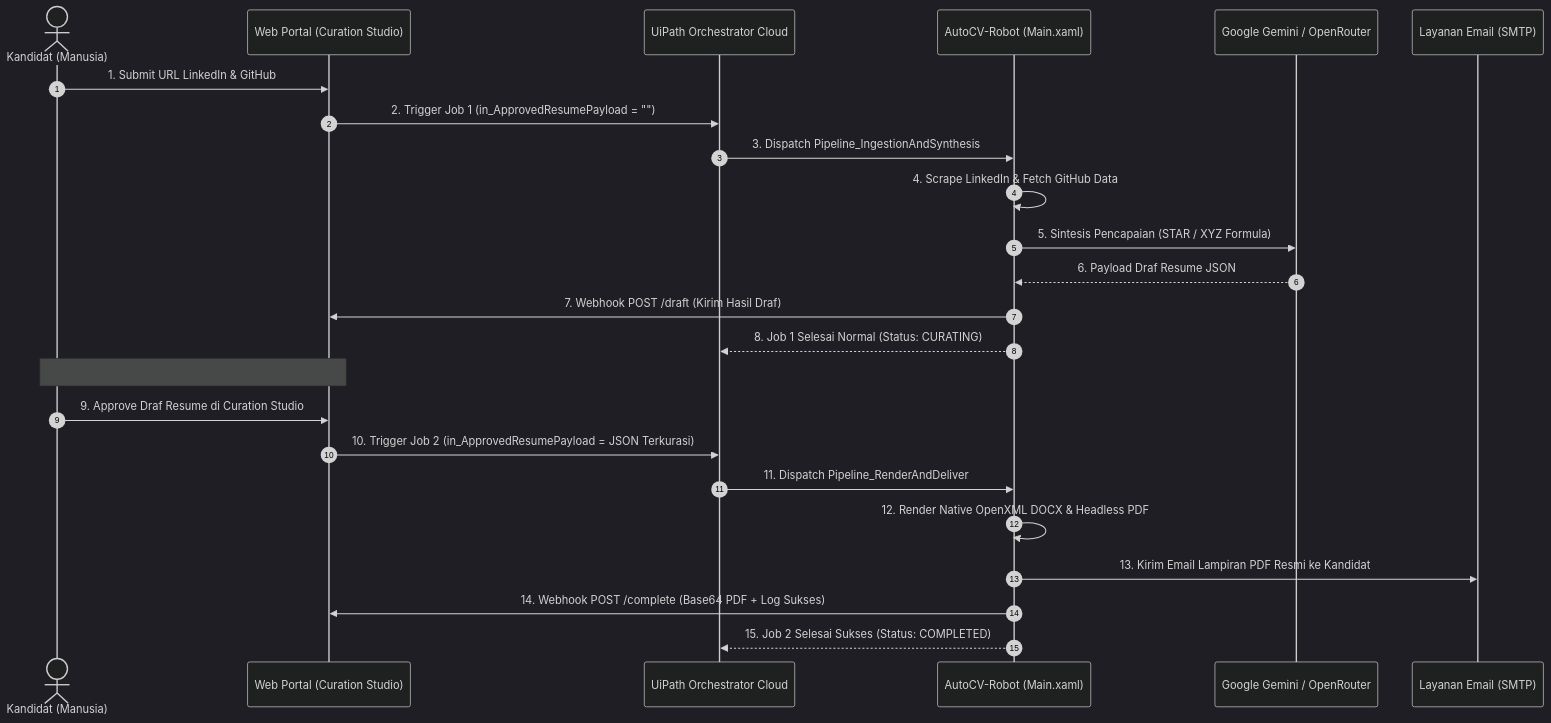
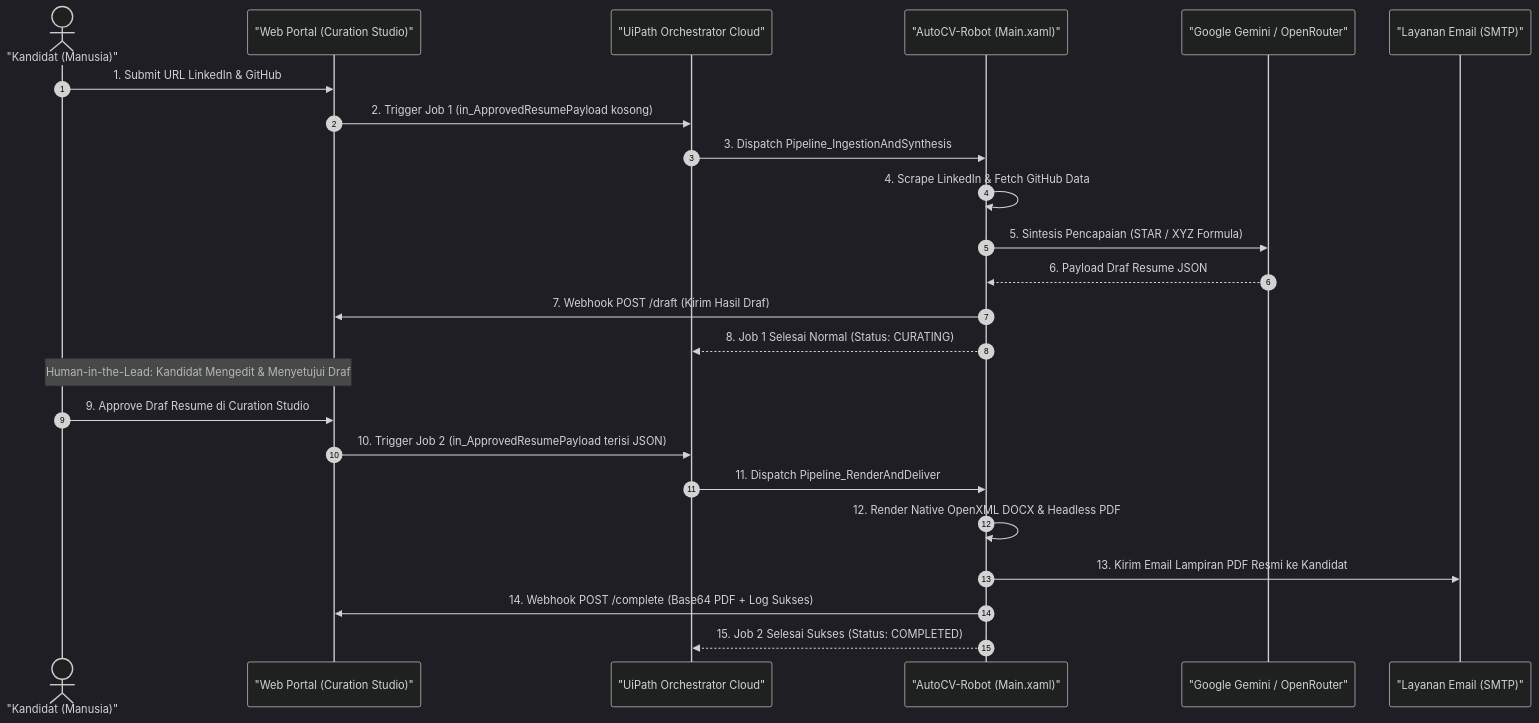
The second of 2 diagrams in README.md (Trio-PENS-Otomatisasi-Pembuatan-CV/AutoCV-Robot), drawn with Mermaid (dark theme) before and after one commit. The commit also changed other lines of this file and 5 other files, not shown here.

Commit message:
docs: enhance comprehensive technical architecture and workflow documentation

````diff
--- a/README.md
+++ b/README.md
@@ -88,29 +88,29 @@
 ```mermaid
 sequenceDiagram
     autonumber
-    actor User as Kandidat (Manusia)
-    participant Web as Web Portal (Curation Studio)
-    participant Orch as UiPath Orchestrator Cloud
-    participant Bot as AutoCV-Robot (Main.xaml)
-    participant LLM as Google Gemini / OpenRouter
-    participant Mail as Layanan Email (SMTP)
+    actor User as "Kandidat (Manusia)"
+    participant Web as "Web Portal (Curation Studio)"
+    participant Orch as "UiPath Orchestrator Cloud"
+    participant Bot as "AutoCV-Robot (Main.xaml)"
+    participant LLM as "Google Gemini / OpenRouter"
+    participant Mail as "Layanan Email (SMTP)"
 
     User->>Web: 1. Submit URL LinkedIn & GitHub
-    Web->>Orch: 2. Trigger Job 1 (in_ApprovedResumePayload = "")
+    Web->>Orch: 2. Trigger Job 1 (in_ApprovedResumePayload kosong)
     Orch->>Bot: 3. Dispatch Pipeline_IngestionAndSynthesis
     Bot->>Bot: 4. Scrape LinkedIn & Fetch GitHub Data
     Bot->>LLM: 5. Sintesis Pencapaian (STAR / XYZ Formula)
     LLM-->>Bot: 6. Payload Draf Resume JSON
     Bot->>Web: 7. Webhook POST /draft (Kirim Hasil Draf)
     Bot-->>Orch: 8. Job 1 Selesai Normal (Status: CURATING)
 
-    Note over User,Web: #HumanInTheLead: Kandidat Mengedit & Menyetujui Draf
+    Note over User,Web: Human-in-the-Lead: Kandidat Mengedit & Menyetujui Draf
     User->>Web: 9. Approve Draf Resume di Curation Studio
 
-    Web->>Orch: 10. Trigger Job 2 (in_ApprovedResumePayload = JSON Terkurasi)
+    Web->>Orch: 10. Trigger Job 2 (in_ApprovedResumePayload terisi JSON)
     Orch->>Bot: 11. Dispatch Pipeline_RenderAndDeliver
     Bot->>Bot: 12. Render Native OpenXML DOCX & Headless PDF
     Bot->>Mail: 13. Kirim Email Lampiran PDF Resmi ke Kandidat
     Bot->>Web: 14. Webhook POST /complete (Base64 PDF + Log Sukses)
     Bot-->>Orch: 15. Job 2 Selesai Sukses (Status: COMPLETED)
 ```
````
